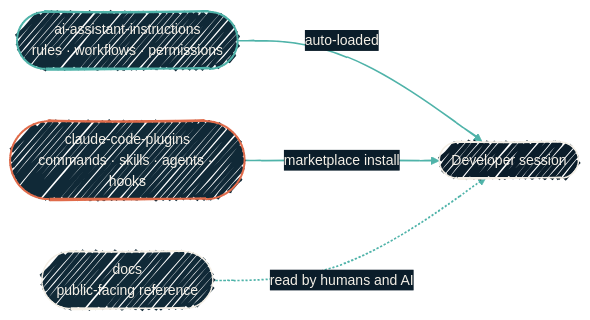
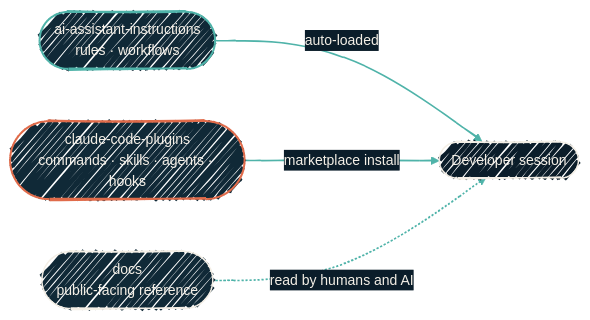
One commit to dryvist/docs changed the diagram in ai-development/repo-boundaries.mdx. Above: the diagram before and after it, drawn with Mermaid. The commit also changed other lines of this file and 1 other file, not shown here.

First line of the commit message:
docs: permissions ownership moved to nix-claude-code

````diff
--- a/ai-development/repo-boundaries.mdx
+++ b/ai-development/repo-boundaries.mdx
@@ -25,24 +27,24 @@
 ```mermaid
 %%{init: {'theme':'base','look':'handDrawn','themeVariables':{'fontFamily':'Geist','fontSize':'14px','primaryColor':'#102937','primaryTextColor':'#F4EFE6','primaryBorderColor':'#4FB3A9','lineColor':'#4FB3A9','secondaryColor':'#0B1D2A','tertiaryColor':'#1A2A38','clusterBkg':'rgba(79,179,169,0.08)','clusterBorder':'#4FB3A9'}}}%%
 flowchart LR
-  Rules([ai-assistant-instructions<br/>rules · workflows · permissions])
+  Rules([ai-assistant-instructions<br/>rules · workflows])
   Plugins([claude-code-plugins<br/>commands · skills · agents · hooks])
   Docs([docs<br/>public-facing reference])
   Session([Developer session])
 
   Rules -->|auto-loaded| Session
   Plugins -->|marketplace install| Session
   Docs -.->|read by humans and AI| Session
 
   classDef rules   fill:#102937,stroke:#4FB3A9,stroke-width:2px,color:#F4EFE6;
   classDef plugins fill:#102937,stroke:#E06B4A,stroke-width:2px,color:#F4EFE6;
   classDef docs    fill:#102937,stroke:#F4EFE6,stroke-width:1.5px,color:#F4EFE6;
   classDef session fill:#0B1D2A,stroke:#F4EFE6,stroke-width:1.5px,color:#F4EFE6;
 
   class Rules rules
   class Plugins plugins
   class Docs docs
   class Session session
 
   linkStyle default stroke:#4FB3A9,stroke-width:1.5px;
 ```
````
